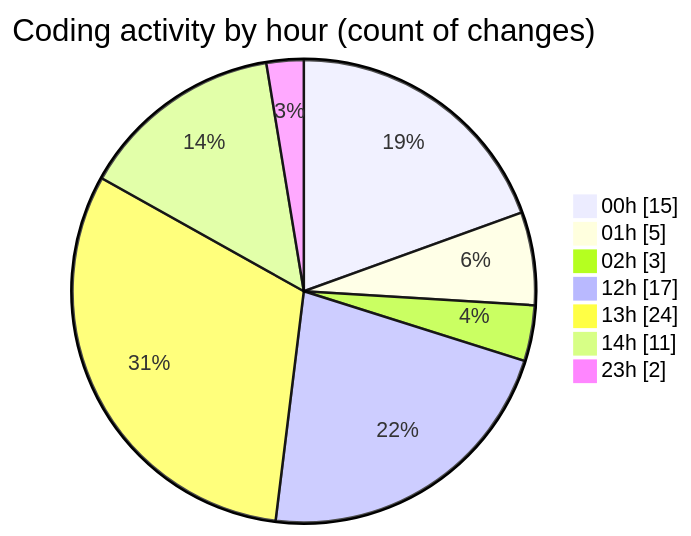
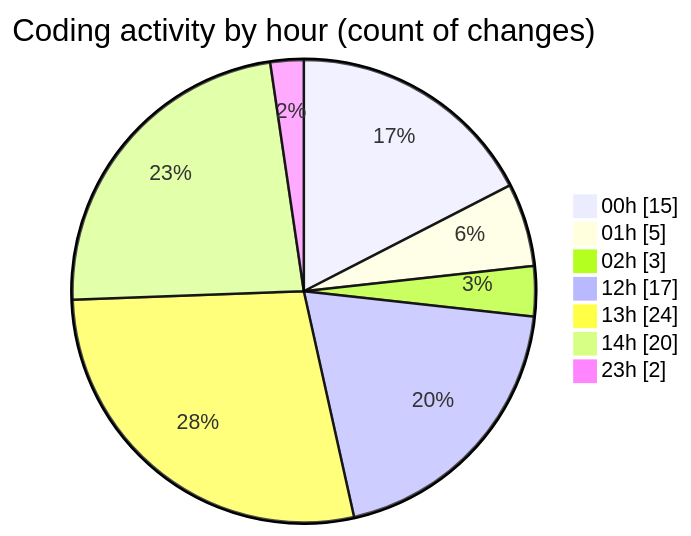
Before and after one commit to lephambinh05/code-tracking: the second of 2 diagrams in 2025-08-13/rentotp/README.md, drawn with Mermaid. The commit also changed other lines of this file and 1 other file, not shown here.

````diff
--- a/2025-08-13/rentotp/README.md
+++ b/2025-08-13/rentotp/README.md
@@ -45,11 +45,11 @@
 ```mermaid
 pie showData
 title Coding activity by hour (count of changes)
 "00h" : 15
 "01h" : 5
 "02h" : 3
 "12h" : 17
 "13h" : 24
-"14h" : 11
+"14h" : 20
 "23h" : 2
 ```
````
